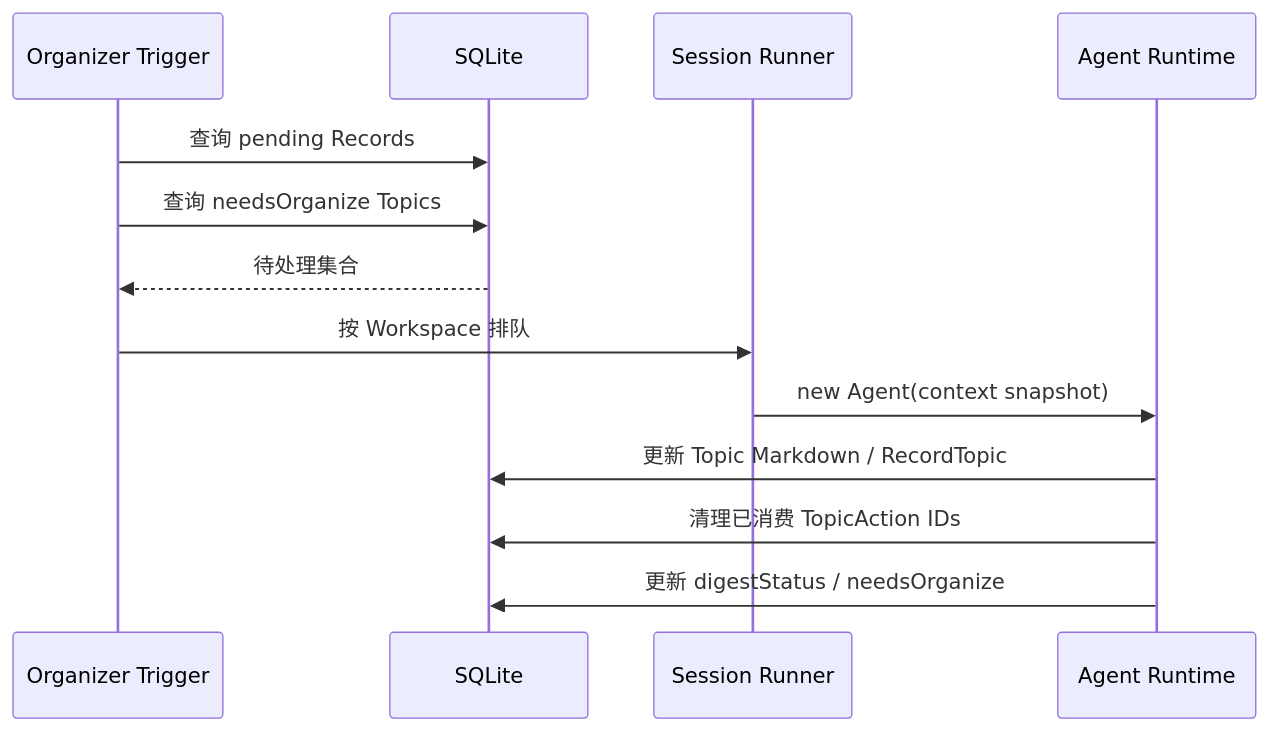
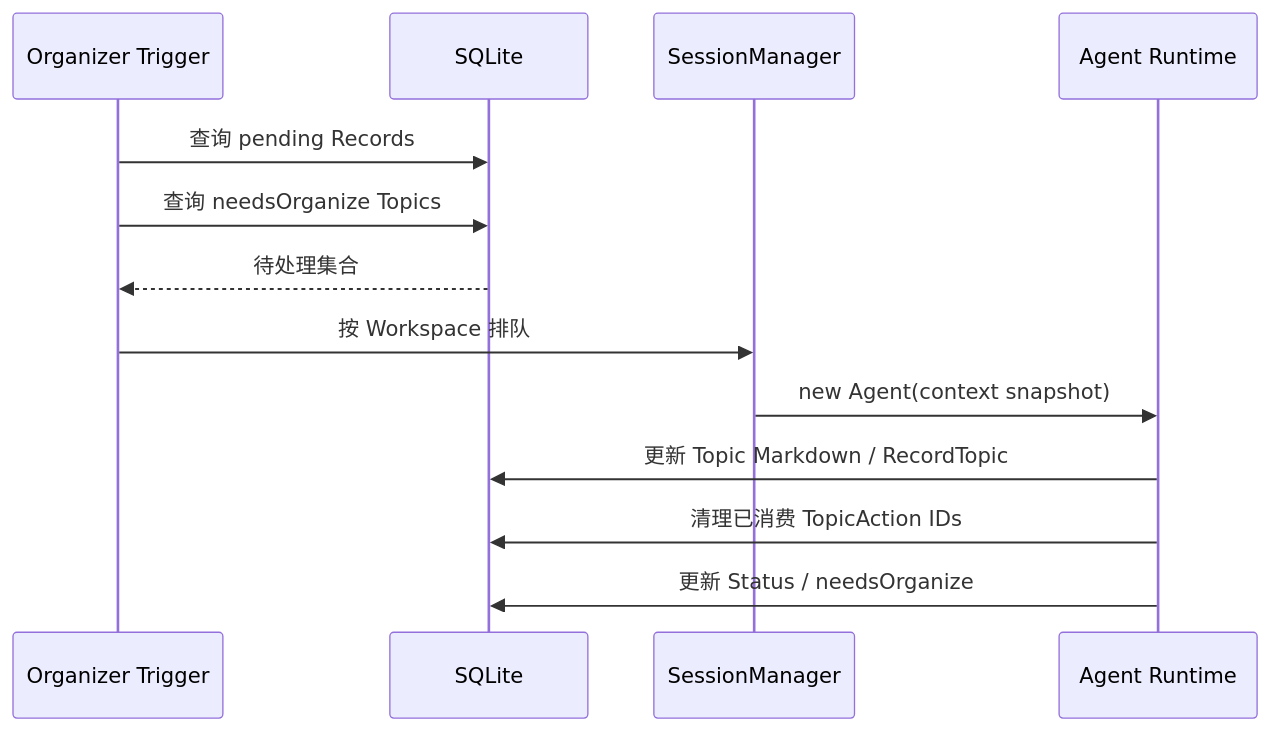
Before and after one commit to huiru-wang/eiko: the eighth of 9 diagrams in docs/backend-architecture.md, drawn with Mermaid. The commit also changed other lines of this file and 71 other files, not shown here.

````diff
--- a/docs/backend-architecture.md
+++ b/docs/backend-architecture.md
@@ -831,16 +610,16 @@
 ```mermaid
 sequenceDiagram
     participant TR as Organizer Trigger
     participant DB as SQLite
-    participant SR as Session Runner
+    participant SR as SessionManager
     participant AG as Agent Runtime
 
     TR->>DB: 查询 pending Records
     TR->>DB: 查询 needsOrganize Topics
     DB-->>TR: 待处理集合
     TR->>SR: 按 Workspace 排队
     SR->>AG: new Agent(context snapshot)
     AG->>DB: 更新 Topic Markdown / RecordTopic
     AG->>DB: 清理已消费 TopicAction IDs
-    AG->>DB: 更新 digestStatus / needsOrganize
+    AG->>DB: 更新 Status / needsOrganize
 ```
````
